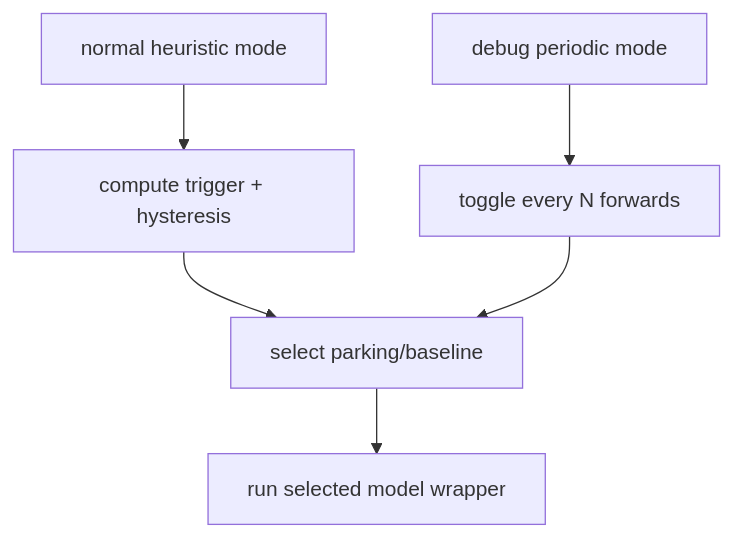
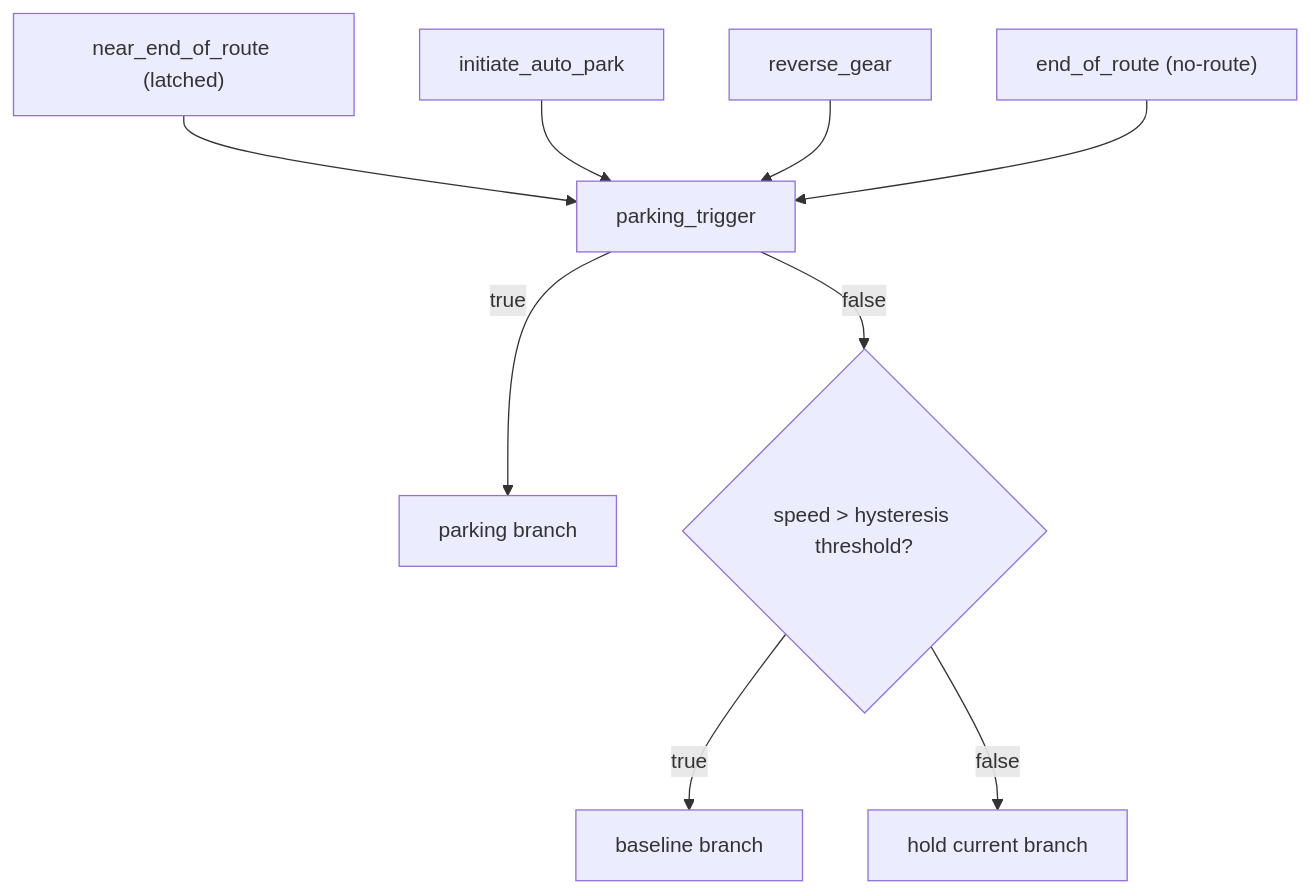
One commit to borisindelman-oss/vault changed the diagram in codex/WayveCode/how_to/how_to_interleaving-models-in-parking-deployment-wrapper.md. Above: the diagram before and after it, drawn with Mermaid. The commit also changed other lines of this file and 1 other file, not shown here.

````diff
--- a/codex/WayveCode/how_to/how_to_interleaving-models-in-parking-deployment-wrapper.md
+++ b/codex/WayveCode/how_to/how_to_interleaving-models-in-parking-deployment-wrapper.md
@@ -38,8 +37,11 @@
 ```mermaid
 flowchart TD
-    A["normal heuristic mode"] --> B["compute trigger + hysteresis"]
-    B --> C["select parking/baseline"]
-    D["debug periodic mode"] --> E["toggle every N forwards"]
-    E --> C
-    C --> F["run selected model wrapper"]
+    A["near_end_of_route (latched)"] --> E["parking_trigger"]
+    B["initiate_auto_park"] --> E
+    C["reverse_gear"] --> E
+    D["end_of_route (no-route)"] --> E
+    E -->|true| F["parking branch"]
+    E -->|false| G{"speed > hysteresis threshold?"}
+    G -->|true| H["baseline branch"]
+    G -->|false| I["hold current branch"]
 ```
````
